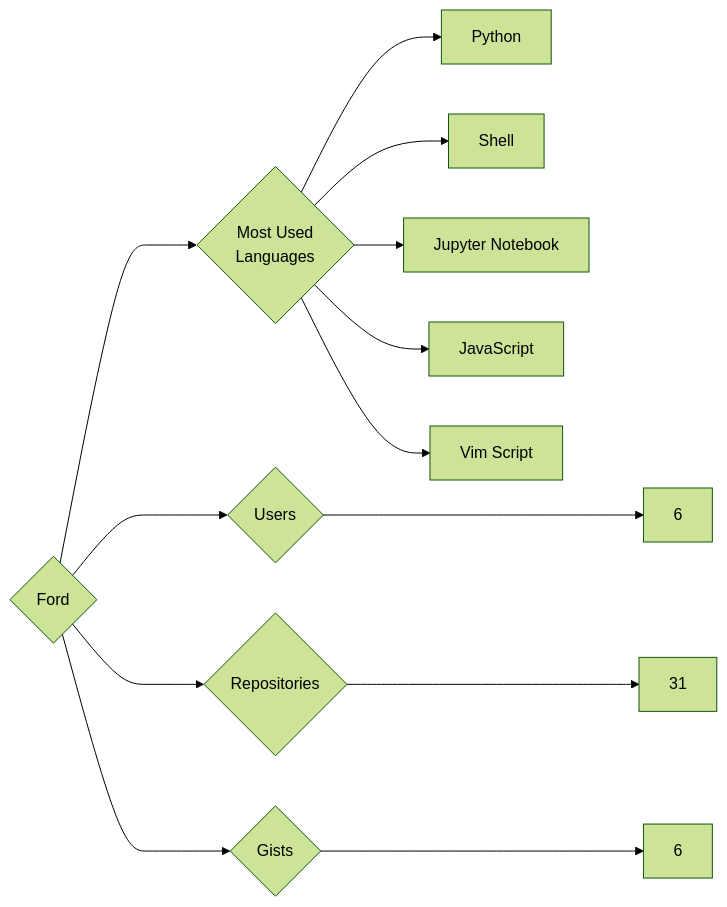
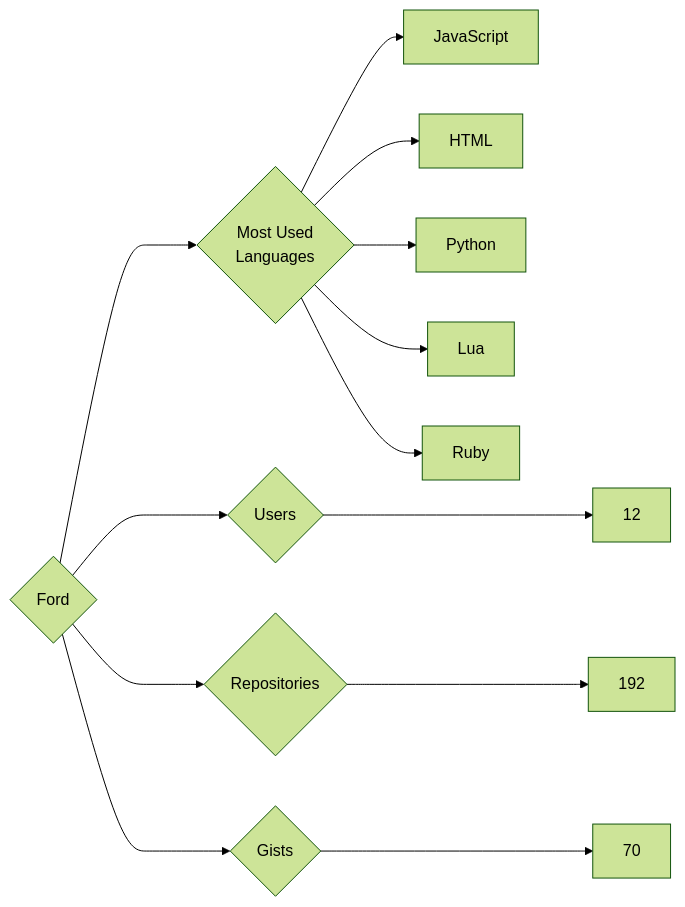
One commit to trickest/insiders changed the diagram in targets/Ford/README.md. Above: the diagram before and after it, drawn with Mermaid (forest theme). The commit also changed 1238 other files, not shown here.

````diff
--- a/targets/Ford/README.md
+++ b/targets/Ford/README.md
@@ -3,13 +3,13 @@
 ```mermaid
 graph LR
 COMPANY_NAME{Ford}
-COMPANY_NAME ---> U{Users} ---> UN[6]
-COMPANY_NAME ---> R{Repositories} ---> RN[31]
-COMPANY_NAME ---> G{Gists} ---> GN[6]
+COMPANY_NAME ---> U{Users} ---> UN[12]
+COMPANY_NAME ---> R{Repositories} ---> RN[192]
+COMPANY_NAME ---> G{Gists} ---> GN[70]
 COMPANY_NAME ---> ML{Most Used<br>Languages}
+ML --> JavaScript[JavaScript]
+ML --> HTML[HTML]
 ML --> Python[Python]
-ML --> Shell[Shell]
-ML --> Jupyter_Notebook[Jupyter Notebook]
-ML --> JavaScript[JavaScript]
-ML --> Vim_Script[Vim Script]
+ML --> Lua[Lua]
+ML --> Ruby[Ruby]
 ```
````
